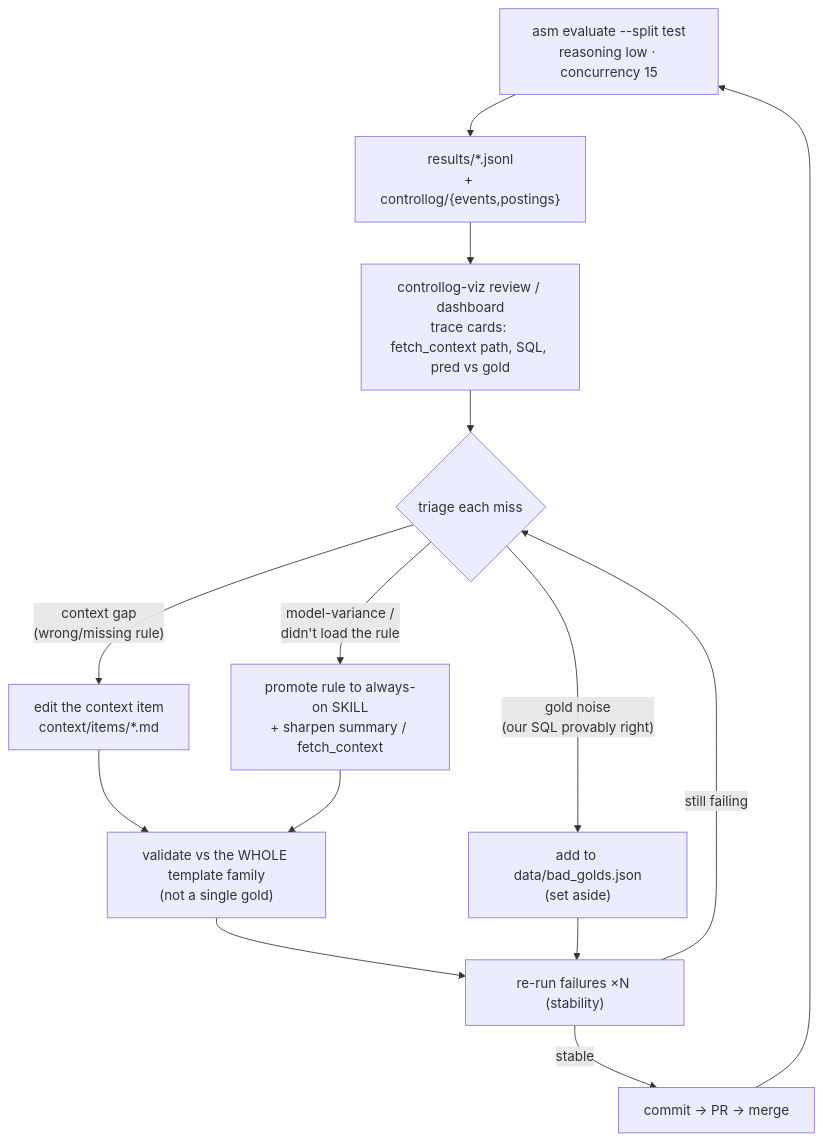
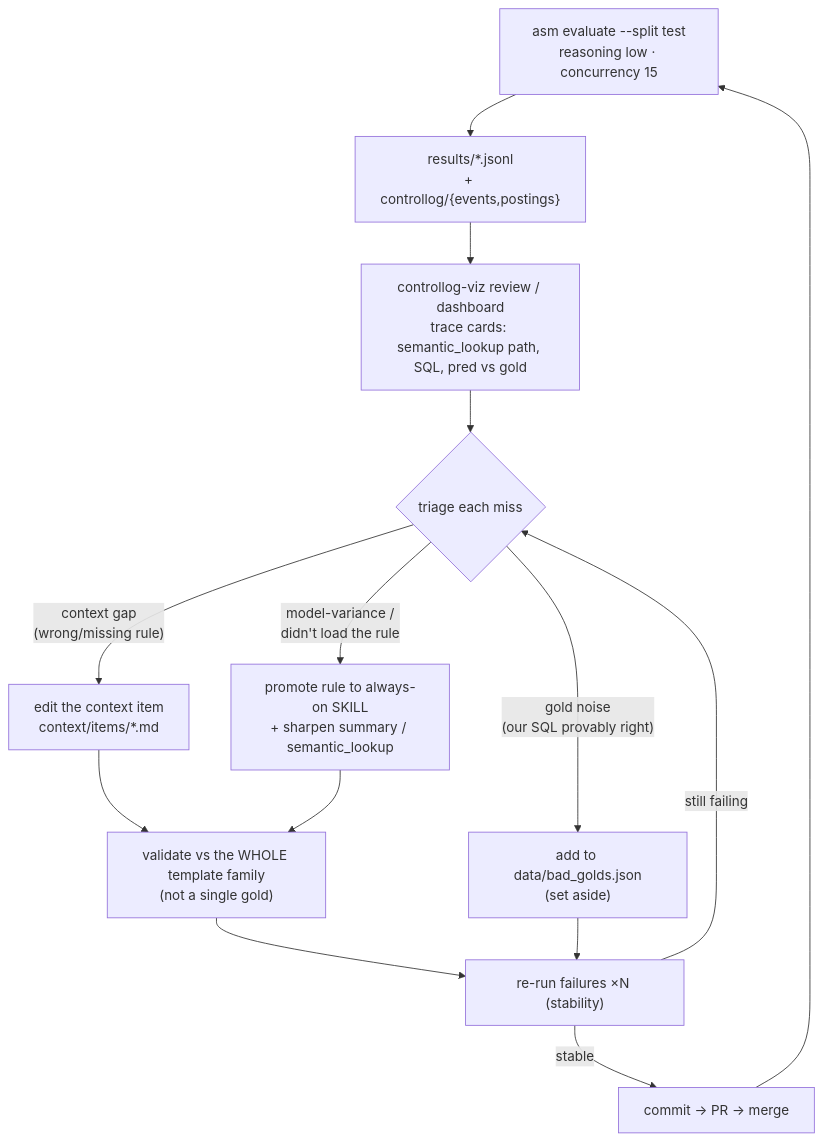
The second of 2 diagrams in projects/agentic-sql-claude-edition/docs/how-it-works.md (motherduckdb/labs), drawn with Mermaid before and after one commit. The commit also changed other lines of this file and 7 other files, not shown here.

First line of the commit message:
Rename fetch_context tool to semantic_lookup (claude-edition)

````diff
--- a/projects/agentic-sql-claude-edition/docs/how-it-works.md
+++ b/projects/agentic-sql-claude-edition/docs/how-it-works.md
@@ -42,18 +42,18 @@
 ```mermaid
 flowchart TD
     RUN["asm evaluate --split test<br/>reasoning low · concurrency 15"] --> OUT["results/*.jsonl<br/>+ controllog/{events,postings}"]
-    OUT --> VIZ["controllog-viz review / dashboard<br/>trace cards: fetch_context path, SQL, pred vs gold"]
+    OUT --> VIZ["controllog-viz review / dashboard<br/>trace cards: semantic_lookup path, SQL, pred vs gold"]
     VIZ --> TRIAGE{"triage each miss"}
 
     TRIAGE -->|"context gap<br/>(wrong/missing rule)"| FIXC["edit the context item<br/>context/items/*.md"]
-    TRIAGE -->|"model-variance /<br/>didn't load the rule"| FIXS["promote rule to always-on SKILL<br/>+ sharpen summary / fetch_context"]
+    TRIAGE -->|"model-variance /<br/>didn't load the rule"| FIXS["promote rule to always-on SKILL<br/>+ sharpen summary / semantic_lookup"]
     TRIAGE -->|"gold noise<br/>(our SQL provably right)"| BAD["add to data/bad_golds.json<br/>(set aside)"]
 
     FIXC --> VAL["validate vs the WHOLE template family<br/>(not a single gold)"]
     FIXS --> VAL
     VAL --> RERUN["re-run failures ×N (stability)"]
     BAD --> RERUN
     RERUN -->|stable| COMMIT["commit → PR → merge"]
     RERUN -->|still failing| TRIAGE
     COMMIT --> RUN
 ```
````
